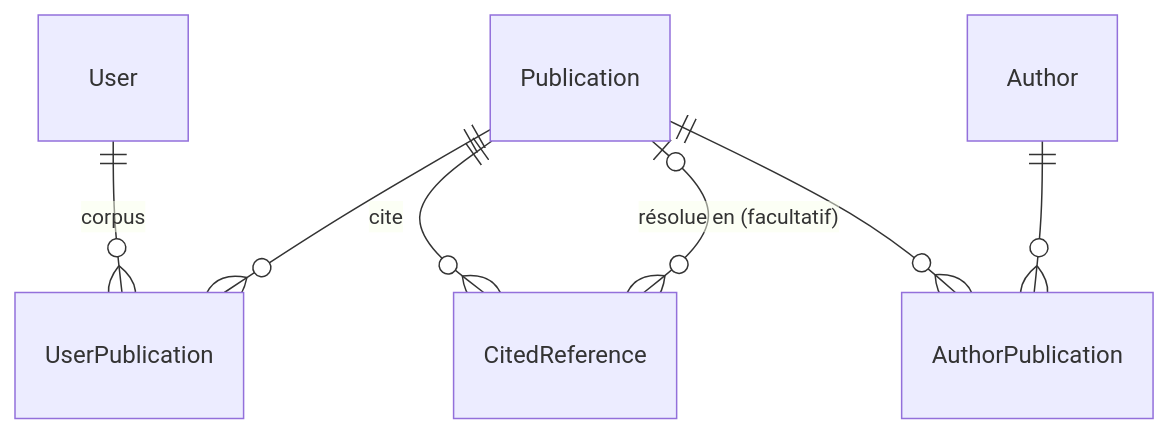
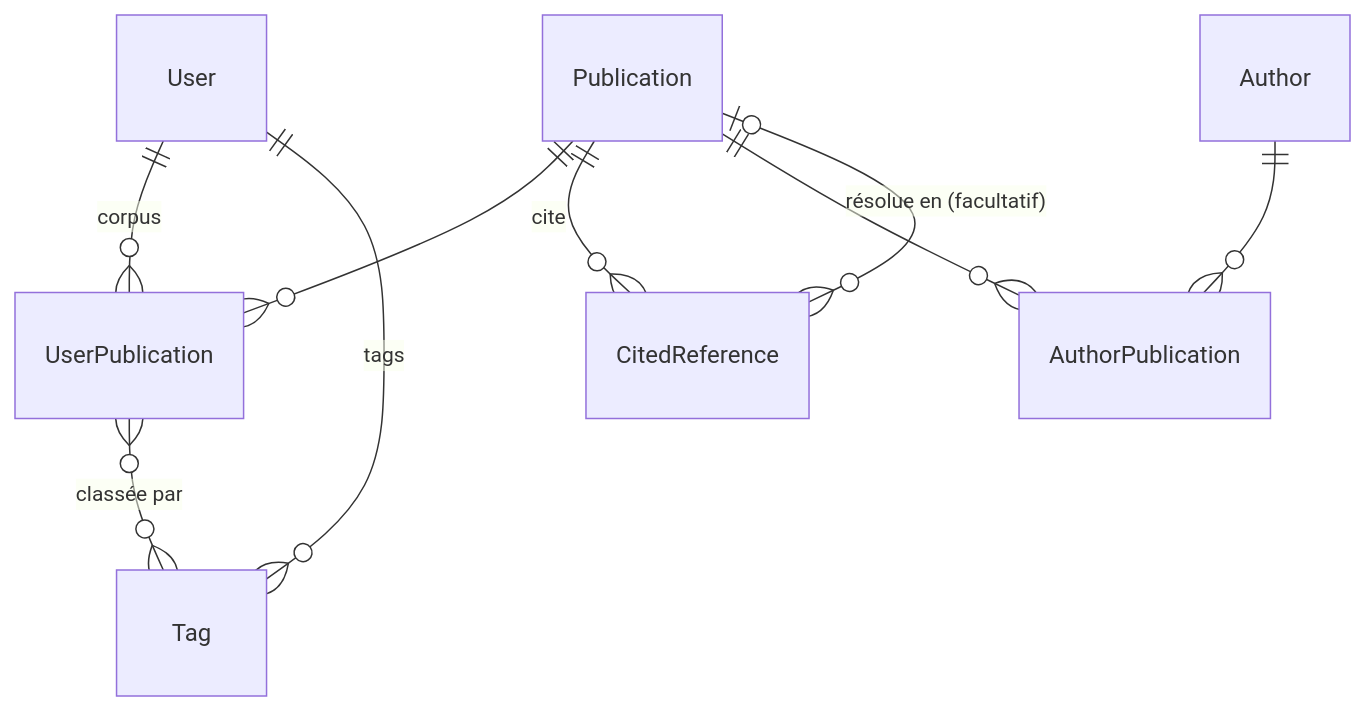
The diagram in docs/architecture.md (tanguycadoux/research-paper-relationship-graph), drawn with Mermaid before and after one commit. The commit also changed other lines of this file and 14 other files, not shown here.

````diff
--- a/docs/architecture.md
+++ b/docs/architecture.md
@@ -123,9 +124,11 @@
 ```mermaid
 erDiagram
     User ||--o{ UserPublication : "corpus"
     Publication ||--o{ UserPublication : ""
+    User ||--o{ Tag : "tags"
+    UserPublication }o--o{ Tag : "classée par"
     Publication ||--o{ CitedReference : "cite"
     CitedReference }o--o| Publication : "résolue en (facultatif)"
     Publication ||--o{ AuthorPublication : ""
     Author ||--o{ AuthorPublication : ""
 ```
````
